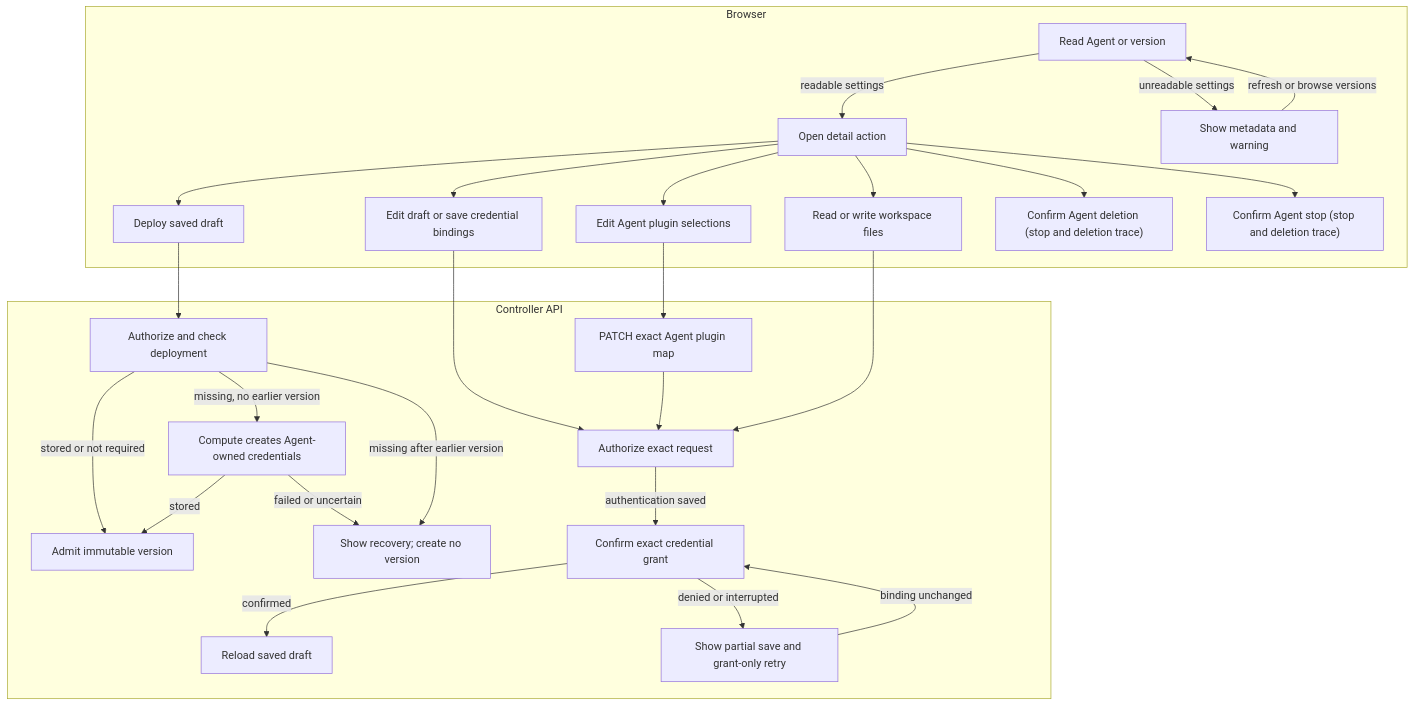
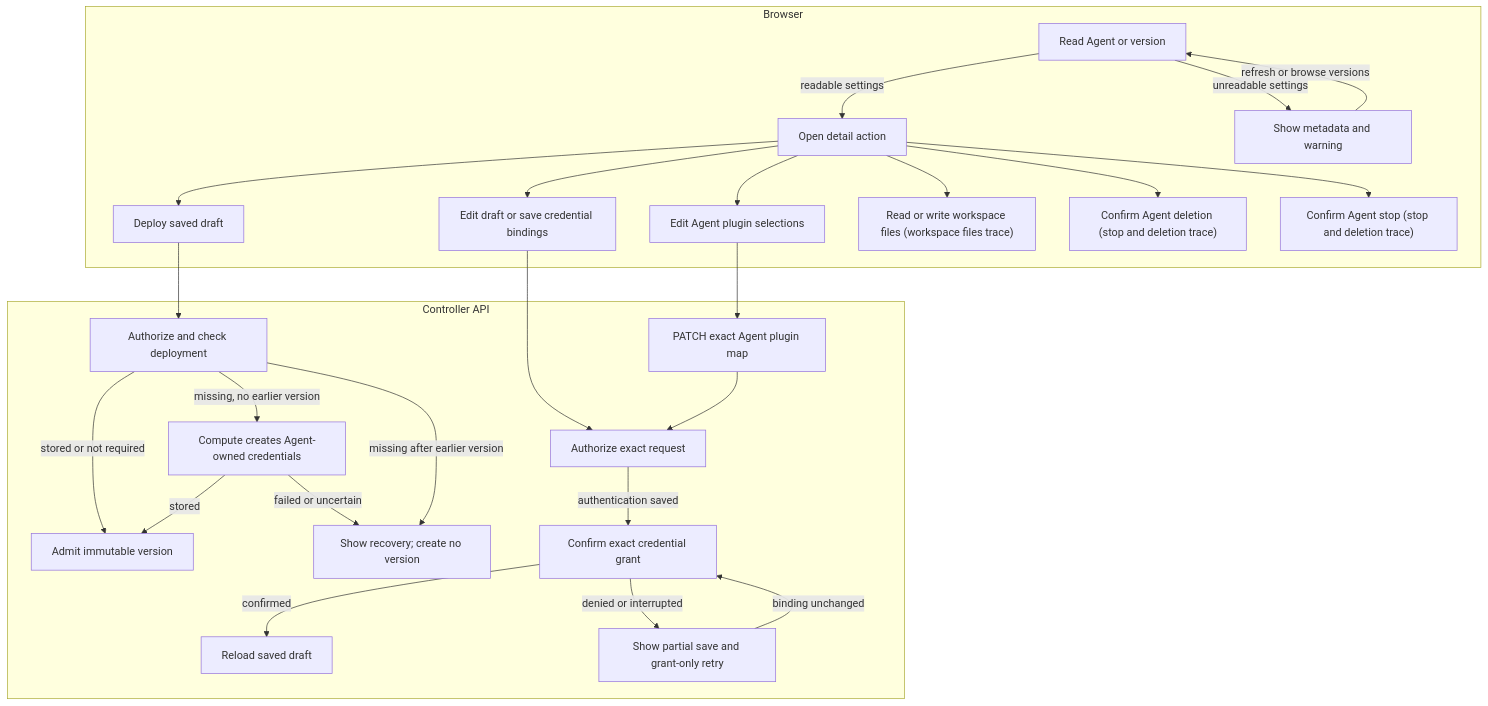
The diagram in docs/flows/platform-console/agent-editing.md (openclaw/openclaw-enterprise), drawn with Mermaid before and after one commit. The commit also changed other lines of this file and 12 other files, not shown here.

````diff
--- a/docs/flows/platform-console/agent-editing.md
+++ b/docs/flows/platform-console/agent-editing.md
@@ -24,30 +24,29 @@
 ```mermaid
 graph TD
   subgraph Browser["Browser"]
     A["Read Agent or version"] -->|readable settings| B["Open detail action"]
     A -->|unreadable settings| AE["Show metadata and warning"]
     AE -->|refresh or browse versions| A
     B --> C["Edit draft or save credential bindings"]
     B --> P["Edit Agent plugin selections"]
     B --> Q["Deploy saved draft"]
-    B --> D["Read or write workspace files"]
+    B --> D["Read or write workspace files (workspace files trace)"]
     B --> E["Confirm Agent deletion (stop and deletion trace)"]
     B --> S["Confirm Agent stop (stop and deletion trace)"]
   end
   subgraph API["Controller API"]
     C --> F["Authorize exact request"]
     P --> PA["PATCH exact Agent plugin map"]
     PA --> F
     Q --> Y["Authorize and check deployment"]
     Y -->|missing, no earlier version| Z["Compute creates Agent-owned credentials"]
     Y -->|stored or not required| R["Admit immutable version"]
     Z -->|stored| R
     Z -->|failed or uncertain| N["Show recovery; create no version"]
     Y -->|missing after earlier version| N
     F -->|authentication saved| V["Confirm exact credential grant"]
     V -->|confirmed| W["Reload saved draft"]
     V -->|denied or interrupted| X["Show partial save and grant-only retry"]
     X -->|binding unchanged| V
-    D --> F
   end
 ```
````
